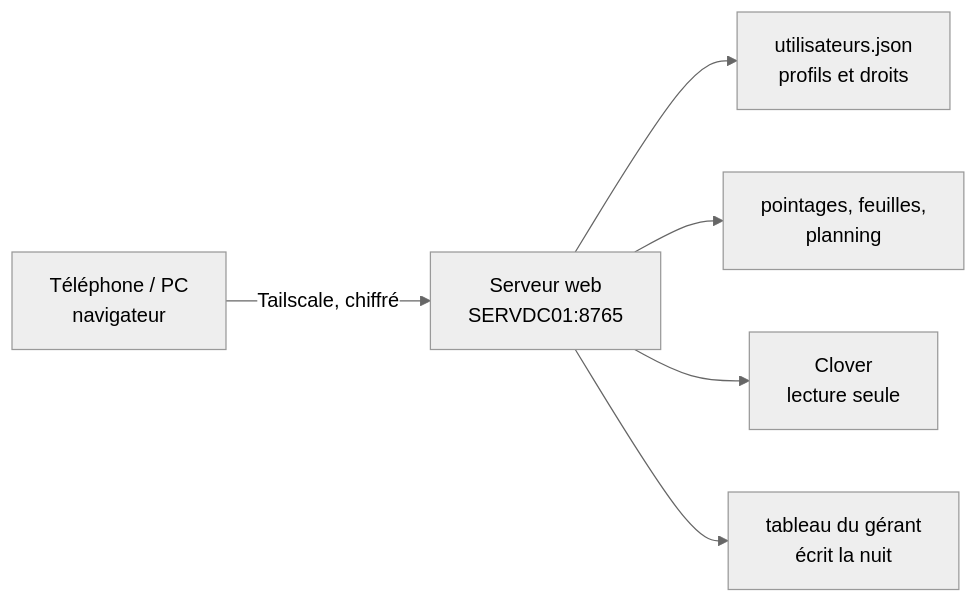
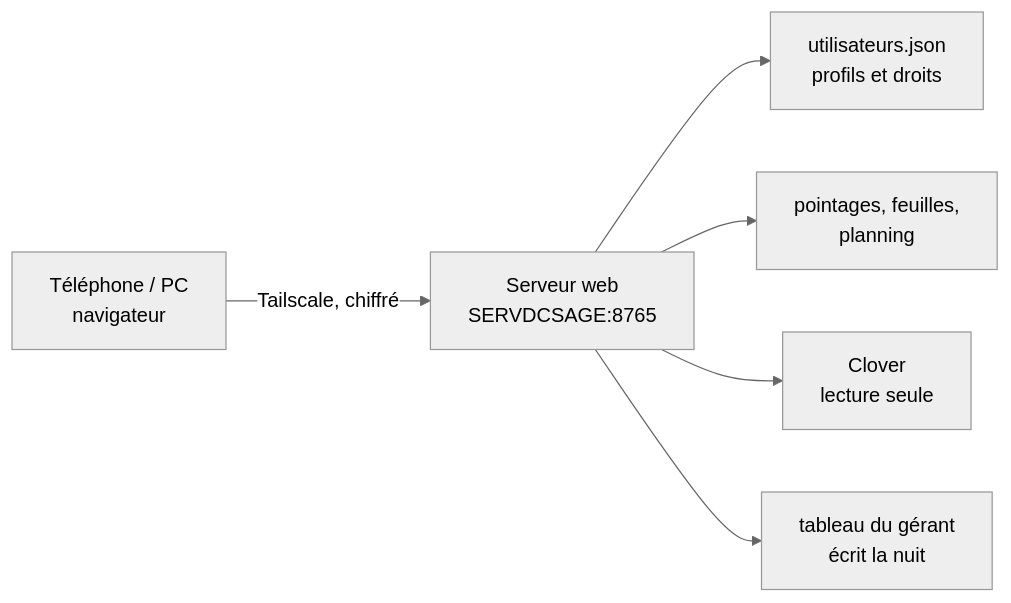
Diagram 11 of 16 in ARCHITECTURE.md (mteingueng-dot/MVOGMBI_Sync_2026.1), drawn with Mermaid (neutral theme) before and after one commit. The commit also changed other lines of this file and 17 other files, not shown here.

Commit message:
Version 2.14.2 : serveur de l'application réglable (SERVDCSAGE, app.marchemvogmbi.com), fichier du client

````diff
--- a/ARCHITECTURE.md
+++ b/ARCHITECTURE.md
@@ -397,8 +397,8 @@
 ```mermaid
 flowchart LR
-    T[Téléphone / PC<br/>navigateur] -->|Tailscale, chiffré| W[Serveur web<br/>SERVDC01:8765]
+    T[Téléphone / PC<br/>navigateur] -->|Tailscale, chiffré| W[Serveur web<br/>SERVDCSAGE:8765]
     W --> U[utilisateurs.json<br/>profils et droits]
     W --> P[pointages, feuilles,<br/>planning]
     W --> C[Clover<br/>lecture seule]
     W --> TG[tableau du gérant<br/>écrit la nuit]
 ```
````
